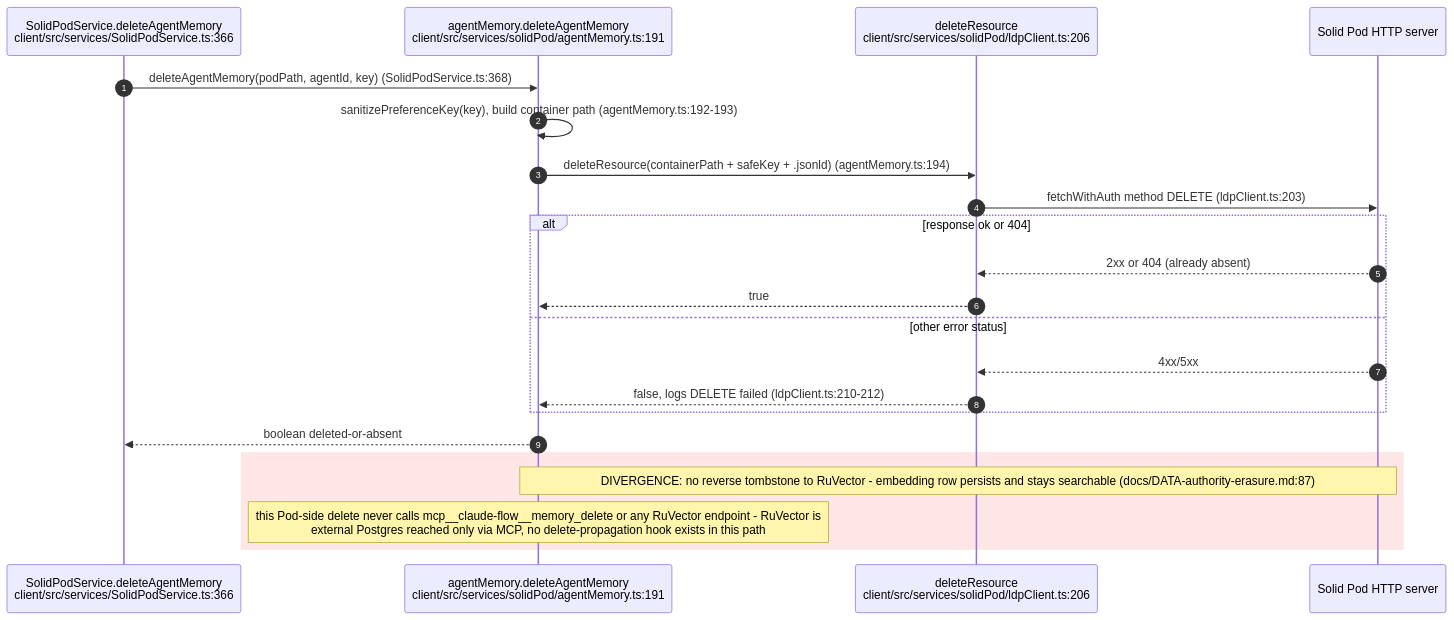
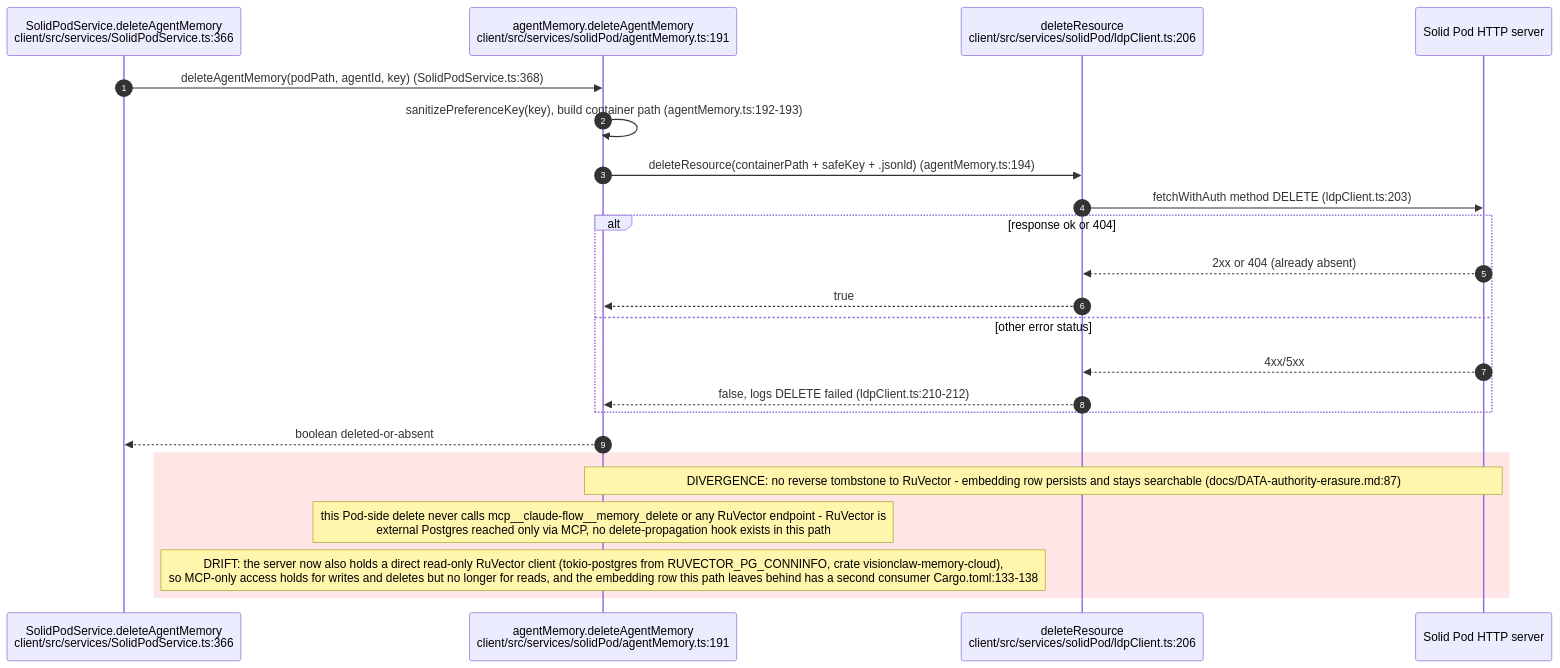
One commit to DreamLab-AI/VisionFlow changed the sixth of 11 diagrams in docs/diagrams/visionclaw/22-data-authority-provenance-erasure.md. Above: the diagram before and after it, drawn with Mermaid. The commit also changed other lines of this file and 26 other files, not shown here.

First line of the commit message:
docs(diagrams): re-verify solid-pod-rs, nostr-rust-forum and visionclaw 22/36 against HEAD

````diff
--- a/docs/diagrams/visionclaw/22-data-authority-provenance-erasure.md
+++ b/docs/diagrams/visionclaw/22-data-authority-provenance-erasure.md
@@ -289,25 +292,26 @@
 ```mermaid
 sequenceDiagram
     autonumber
     participant UI as SolidPodService.deleteAgentMemory<br/>client/src/services/SolidPodService.ts:366
     participant MEM as agentMemory.deleteAgentMemory<br/>client/src/services/solidPod/agentMemory.ts:191
     participant LDP as deleteResource<br/>client/src/services/solidPod/ldpClient.ts:206
     participant POD as Solid Pod HTTP server
 
     UI->>MEM: deleteAgentMemory(podPath, agentId, key) (SolidPodService.ts:368)
     MEM->>MEM: sanitizePreferenceKey(key), build container path (agentMemory.ts:192-193)
     MEM->>LDP: deleteResource(containerPath + safeKey + .jsonld) (agentMemory.ts:194)
     LDP->>POD: fetchWithAuth method DELETE (ldpClient.ts:203)
     alt response ok or 404
         POD-->>LDP: 2xx or 404 (already absent)
         LDP-->>MEM: true
     else other error status
         POD-->>LDP: 4xx/5xx
         LDP-->>MEM: false, logs DELETE failed (ldpClient.ts:210-212)
     end
     MEM-->>UI: boolean deleted-or-absent
     rect rgb(255, 230, 230)
         Note over MEM,POD: DIVERGENCE: no reverse tombstone to RuVector - embedding row persists and stays searchable (docs/DATA-authority-erasure.md:87)
         Note over MEM: this Pod-side delete never calls mcp__claude-flow__memory_delete or any RuVector endpoint - RuVector is<br/>external Postgres reached only via MCP, no delete-propagation hook exists in this path
+        Note over MEM: DRIFT: the server now also holds a direct read-only RuVector client (tokio-postgres from RUVECTOR_PG_CONNINFO, crate visionclaw-memory-cloud),<br/>so MCP-only access holds for writes and deletes but no longer for reads, and the embedding row this path leaves behind has a second consumer Cargo.toml:133-138
     end
 ```
````
